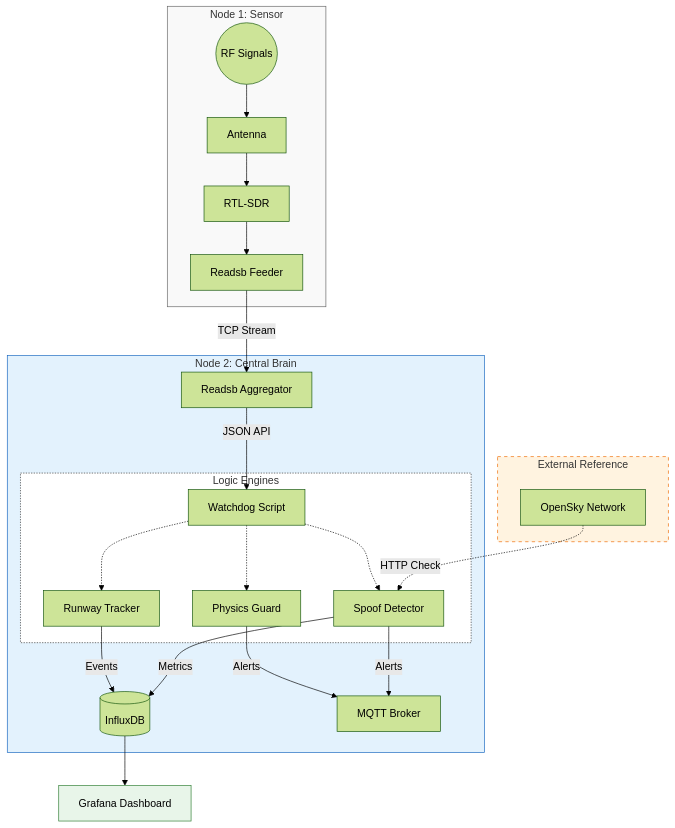
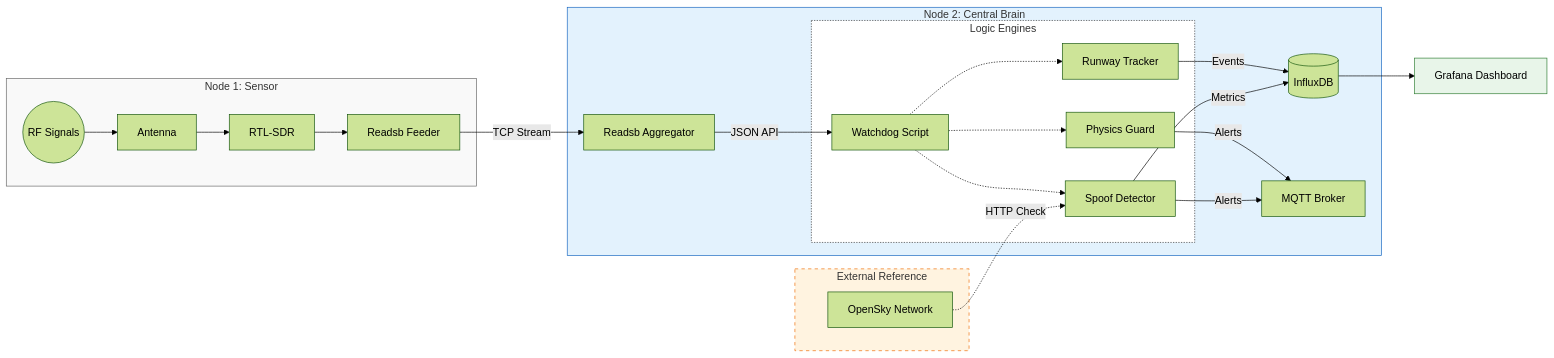
Before and after one commit to rwiren/central-brain: the diagram in README.md, drawn with Mermaid (forest theme). The commit also changed other lines of this file, not shown here.

Commit message:
Docs: Restore Acknowledgements section and finalize diagrams

````diff
--- a/README.md
+++ b/README.md
@@ -64,44 +64,44 @@
 ```mermaid
-graph TD
+graph LR
     %% 1. Sensing Layer
     subgraph SENSOR [Node 1: Sensor]
         AIR((RF Signals)) --> ANT[Antenna]
         ANT --> SDR[RTL-SDR]
         SDR --> FEEDER[Readsb Feeder]
     end
 
     %% 2. Intelligence Layer
     subgraph BRAIN [Node 2: Central Brain]
         FEEDER -->|TCP Stream| AGG[Readsb Aggregator]
         AGG -->|JSON API| WD[Watchdog Script]
         
         %% Logic Flow
         subgraph LOGIC [Logic Engines]
             WD -.-> TRACK[Runway Tracker]
             WD -.-> PHYS[Physics Guard]
             WD -.-> SPOOF[Spoof Detector]
         end
 
         %% Actions / Outputs
         TRACK -->|Events| DB[(InfluxDB)]
         PHYS -->|Alerts| MQTT[MQTT Broker]
         SPOOF -->|Alerts| MQTT
         SPOOF -->|Metrics| DB
     end
 
     %% 3. Reference Layer
     subgraph REF [External Reference]
         OS[OpenSky Network]
     end
 
     %% 4. Visualization
     OS -.->|HTTP Check| SPOOF
     DB --> DASH[Grafana Dashboard]
 
     %% Styling
     style SENSOR fill:#f9f9f9,stroke:#666
     style BRAIN fill:#e3f2fd,stroke:#1565c0
     style REF fill:#fff3e0,stroke:#ef6c00,stroke-dasharray: 5 5
     style DASH fill:#e8f5e9,stroke:#2e7d32
     style LOGIC fill:#ffffff,stroke:#333,stroke-dasharray: 2 2
 ```
````
